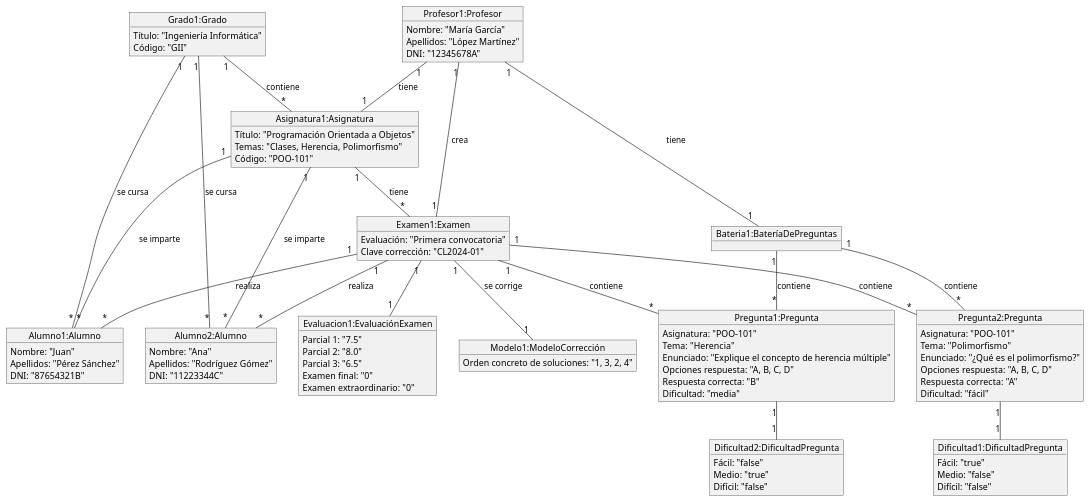
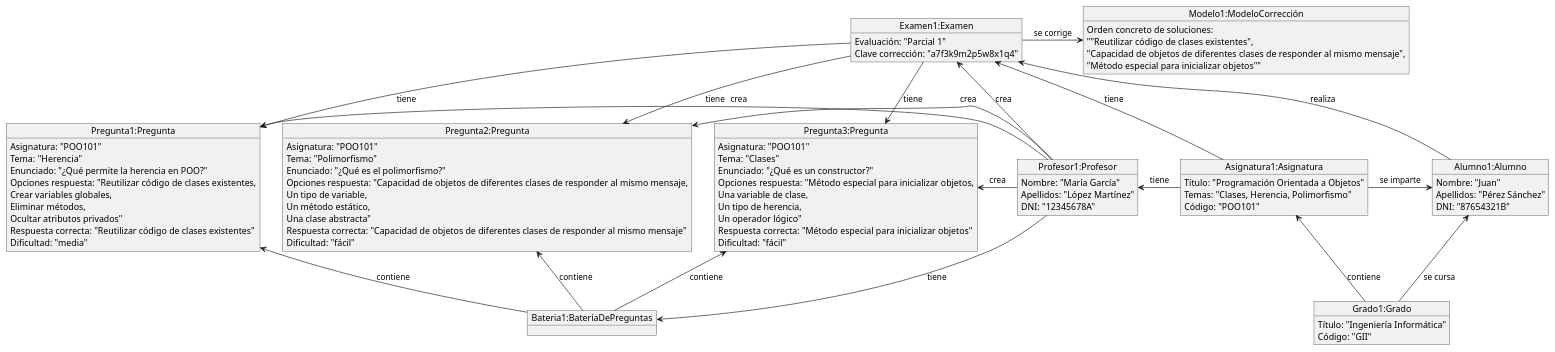
The diagram in documents/modelos/diagramas/diagramaObjetos/diagramaObjetos.puml (martinlopez7/25-26-IdSw1-SdR), drawn with PlantUML before and after one commit. The commit also changed 1 other file, not shown here.

Commit message:
fix(mdd): Corrige diagrama de objetos y actualiza archivo svg [refs #18]

```diff
--- a/documents/modelos/diagramas/diagramaObjetos/diagramaObjetos.puml
+++ b/documents/modelos/diagramas/diagramaObjetos/diagramaObjetos.puml
@@ -1,107 +1,90 @@
 @startuml
-object "Profesor1:Profesor" as prof1 {
-  Nombre: "María García"
-  Apellidos: "López Martínez"
-  DNI: "12345678A"
-}
 
-object "Asignatura1:Asignatura" as asig1 {
-  Título: "Programación Orientada a Objetos"
-  Temas: "Clases, Herencia, Polimorfismo"
-  Código: "POO-101"
+object "Grado1:Grado" as grado1 {
+  Título: "Ingeniería Informática"
+  Código: "GII"
 }
 
 object "Alumno1:Alumno" as alum1 {
   Nombre: "Juan"
   Apellidos: "Pérez Sánchez"
   DNI: "87654321B"
 }
 
-object "Alumno2:Alumno" as alum2 {
-  Nombre: "Ana"
-  Apellidos: "Rodríguez Gómez"
-  DNI: "11223344C"
+object "Asignatura1:Asignatura" as asig1 {
+  Título: "Programación Orientada a Objetos"
+  Temas: "Clases, Herencia, Polimorfismo"
+  Código: "POO101"
 }
 
-object "Grado1:Grado" as grado1 {
-  Título: "Ingeniería Informática"
-  Código: "GII"
+object "Profesor1:Profesor" as prof1 {
+  Nombre: "María García"
+  Apellidos: "López Martínez"
+  DNI: "12345678A"
 }
 
 object "Examen1:Examen" as exam1 {
-  Evaluación: "Primera convocatoria"
-  Clave corrección: "CL2024-01"
+  Evaluación: "Parcial 1"
+  Clave corrección: "a7f3k9m2p5w8x1q4"
 }
 
-object "Pregunta1:Pregunta" as preg1 {
-  Asignatura: "POO-101"
-  Tema: "Herencia"
-  Enunciado: "Explique el concepto de herencia múltiple"
-  Opciones respuesta: "A, B, C, D"
-  Respuesta correcta: "B"
-  Dificultad: "media"
-}
-
-object "Pregunta2:Pregunta" as preg2 {
-  Asignatura: "POO-101"
-  Tema: "Polimorfismo"
-  Enunciado: "¿Qué es el polimorfismo?"
-  Opciones respuesta: "A, B, C, D"
-  Respuesta correcta: "A"
-  Dificultad: "fácil"
+object "Modelo1:ModeloCorrección" as modelo1 {
+  Orden concreto de soluciones: 
+""Reutilizar código de clases existentes",
+"Capacidad de objetos de diferentes clases de responder al mismo mensaje",
+"Método especial para inicializar objetos""
 }
 
 object "Bateria1:BateríaDePreguntas" as bateria1 {
 }
 
-object "Dificultad1:DificultadPregunta" as dif1 {
-  Fácil: "true"
-  Medio: "false"
-  Difícil: "false"
+object "Pregunta1:Pregunta" as preg1 {
+  Asignatura: "POO101"
+  Tema: "Herencia"
+  Enunciado: "¿Qué permite la herencia en POO?"
+  Opciones respuesta: "Reutilizar código de clases existentes,\nCrear variables globales,\nEliminar métodos,\nOcultar atributos privados"
+  Respuesta correcta: "Reutilizar código de clases existentes"
+  Dificultad: "media"
 }
 
-object "Dificultad2:DificultadPregunta" as dif2 {
-  Fácil: "false"
-  Medio: "true"
-  Difícil: "false"
+object "Pregunta2:Pregunta" as preg2 {
+  Asignatura: "POO101"
+  Tema: "Polimorfismo"
+  Enunciado: "¿Qué es el polimorfismo?"
+  Opciones respuesta: "Capacidad de objetos de diferentes clases de responder al mismo mensaje,\nUn tipo de variable,\nUn método estático,\nUna clase abstracta"
+  Respuesta correcta: "Capacidad de objetos de diferentes clases de responder al mismo mensaje"
+  Dificultad: "fácil"
 }
 
-object "Evaluacion1:EvaluaciónExamen" as eval1 {
-  Parcial 1: "7.5"
-  Parcial 2: "8.0"
-  Parcial 3: "6.5"
-  Examen final: "0"
-  Examen extraordinario: "0"
+object "Pregunta3:Pregunta" as preg3 {
+  Asignatura: "POO101"
+  Tema: "Clases"
+  Enunciado: "¿Qué es un constructor?"
+  Opciones respuesta: "Método especial para inicializar objetos,\nUna variable de clase,\nUn tipo de herencia,\nUn operador lógico"
+  Respuesta correcta: "Método especial para inicializar objetos"
+  Dificultad: "fácil"
 }
 
-object "Modelo1:ModeloCorrección" as modelo1 {
-  Orden concreto de soluciones: "1, 3, 2, 4"
-}
-
-' Relaciones con cardinalidad y etiquetas
-prof1 "1" -- "1" asig1 : tiene
-prof1 "1" -- "1" exam1 : crea
-prof1 "1" -- "1" bateria1 : tiene
-
-asig1 "1" -- "*" exam1 : tiene
-asig1 "1" -- "*" alum1 : se imparte
-asig1 "1" -- "*" alum2 : se imparte
-
-exam1 "1" -- "*" preg1 : contiene
-exam1 "1" -- "*" preg2 : contiene
-exam1 "1" -- "*" alum1 : realiza
-exam1 "1" -- "*" alum2 : realiza
-exam1 "1" -- "1" eval1
-exam1 "1" -- "1" modelo1 : se corrige
-
-bateria1 "1" -- "*" preg1 : contiene
-bateria1 "1" -- "*" preg2 : contiene
-
-preg1 "1" -- "1" dif2
-preg2 "1" -- "1" dif1
-
-grado1 "1" -- "*" asig1 : contiene
-grado1 "1" -- "*" alum1 : se cursa
-grado1 "1" -- "*" alum2 : se cursa
+grado1 -u-> asig1 : contiene
+grado1 -u-> alum1 : se cursa
+asig1 -l-> prof1 : tiene
+asig1 -u-> exam1 : tiene
+asig1 -r-> alum1 : se imparte
+prof1 -u-> exam1 : crea
+prof1 --> bateria1 : tiene
+preg1 -[hidden]r- preg2
+preg2 -[hidden]r- preg3
+'La flecha de profesor1 a pregunta1 se junta con el marjen de pregunta 3 y pregunta 2.
+prof1 -l-> preg1 : crea 
+prof1 -l-> preg2 : crea
+prof1 -l-> preg3 : crea
+exam1 -r-> modelo1 : se corrige
+alum1 -u-> exam1 : realiza
+exam1 -d-> preg1 : tiene
+exam1 -d-> preg2 : tiene
+exam1 -d-> preg3 : tiene
+bateria1 -u-> preg1 : contiene
+bateria1 -u-> preg2 : contiene
+bateria1 -u-> preg3 : contiene
 
 @enduml
```
